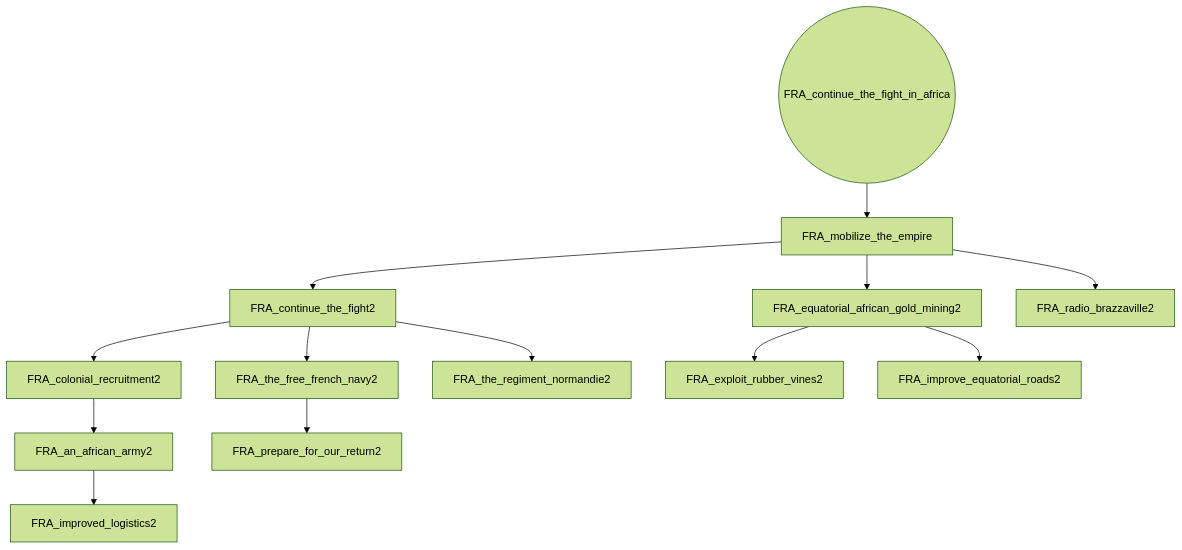
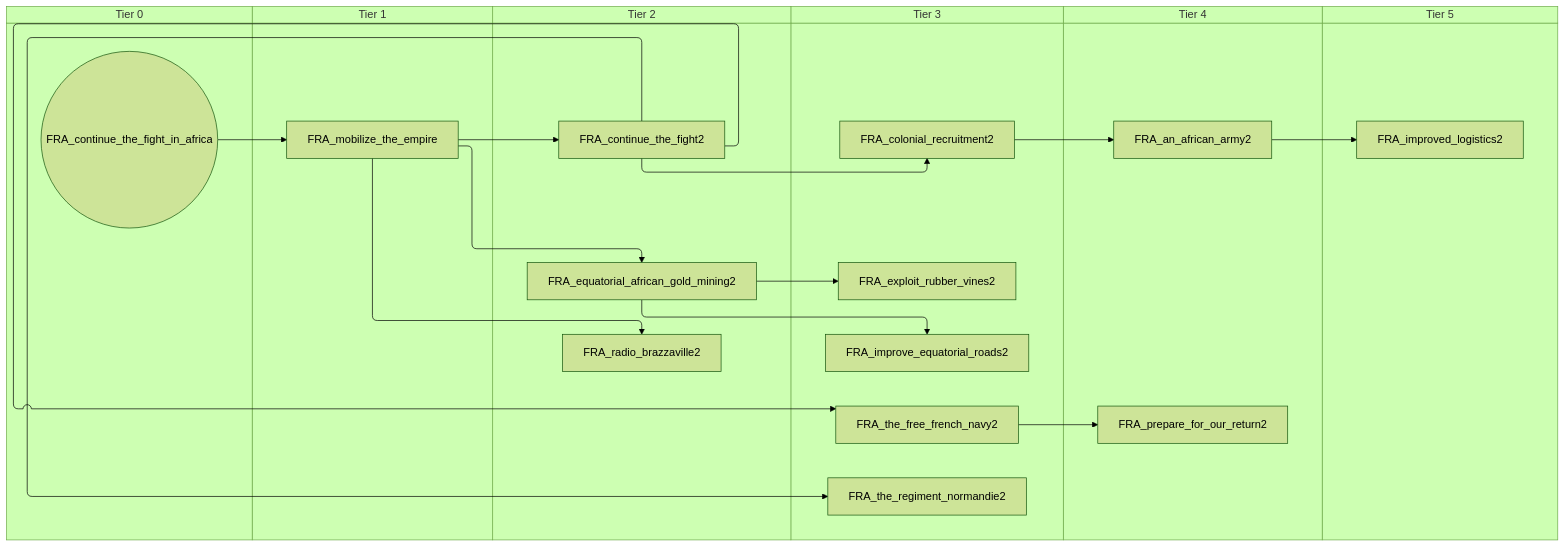
Before and after one commit to evgeny-sobol/hoi4-sandbox-mode-r56: the fourth of 14 diagrams in docs/gdd/National Focuses/france.md, drawn with Mermaid (forest theme). The commit also changed other lines of this file and 423 other files, not shown here.

First line of the commit message:
Re-export Rt56 focus trees as swimlane diagrams

````diff
--- a/docs/gdd/National Focuses/france.md
+++ b/docs/gdd/National Focuses/france.md
@@ -333,28 +377,40 @@
 ```mermaid
-flowchart TD
-    n130["FRA_an_african_army2"]
-    n131["FRA_colonial_recruitment2"]
-    n132["FRA_continue_the_fight2"]
-    n133(("FRA_continue_the_fight_in_africa"))
-    n134["FRA_equatorial_african_gold_mining2"]
-    n135["FRA_exploit_rubber_vines2"]
-    n136["FRA_improve_equatorial_roads2"]
-    n137["FRA_improved_logistics2"]
-    n138["FRA_mobilize_the_empire"]
-    n139["FRA_prepare_for_our_return2"]
-    n140["FRA_radio_brazzaville2"]
-    n141["FRA_the_free_french_navy2"]
-    n142["FRA_the_regiment_normandie2"]
-    n131 --> n130
-    n132 --> n131
-    n138 --> n132
-    n138 --> n134
-    n134 --> n135
-    n134 --> n136
-    n130 --> n137
-    n133 --> n138
-    n141 --> n139
-    n138 --> n140
-    n132 --> n141
-    n132 --> n142
+swimlane-beta TD
+    subgraph tier_0["Tier 0"]
+        n130(("FRA_continue_the_fight_in_africa"))
+    end
+    subgraph tier_1["Tier 1"]
+        n131["FRA_mobilize_the_empire"]
+    end
+    subgraph tier_2["Tier 2"]
+        n132["FRA_continue_the_fight2"]
+        n133["FRA_equatorial_african_gold_mining2"]
+        n134["FRA_radio_brazzaville2"]
+    end
+    subgraph tier_3["Tier 3"]
+        n135["FRA_colonial_recruitment2"]
+        n136["FRA_exploit_rubber_vines2"]
+        n137["FRA_improve_equatorial_roads2"]
+        n138["FRA_the_free_french_navy2"]
+        n139["FRA_the_regiment_normandie2"]
+    end
+    subgraph tier_4["Tier 4"]
+        n140["FRA_an_african_army2"]
+        n141["FRA_prepare_for_our_return2"]
+    end
+    subgraph tier_5["Tier 5"]
+        n142["FRA_improved_logistics2"]
+    end
+    n135 --> n140
+    n132 --> n135
+    n131 --> n132
+    n131 --> n133
+    n133 --> n136
+    n133 --> n137
+    n140 --> n142
+    n130 --> n131
+    n138 --> n141
+    n131 --> n134
+    n132 --> n138
+    n132 --> n139
 ```
````
